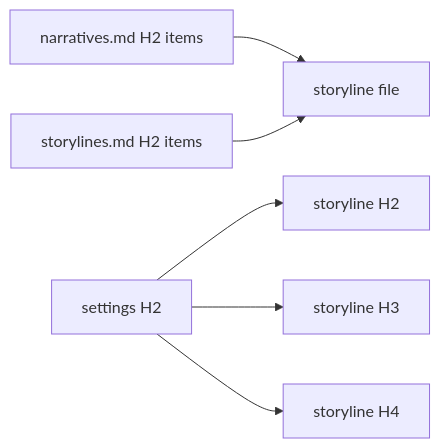
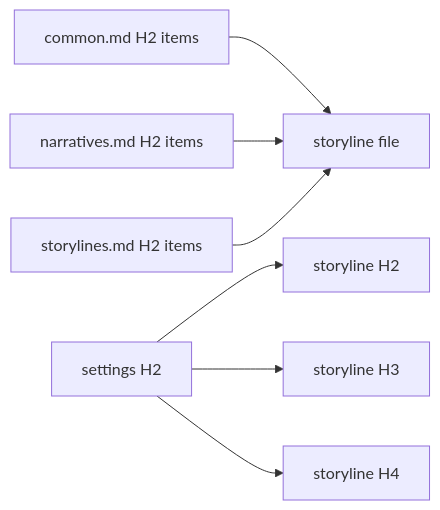
The diagram in .agents/skills/novel/storylines.md (samchon/novels), drawn with Mermaid before and after one commit. The commit also changed other lines of this file and 14 other files, not shown here.

````diff
--- a/.agents/skills/novel/storylines.md
+++ b/.agents/skills/novel/storylines.md
@@ -21,8 +21,9 @@
 ```mermaid
 flowchart LR
-  PC["narratives.md H2 items"] --> SF["storyline file"]
+  CM["common.md H2 items"] --> SF["storyline file"]
+  PC["narratives.md H2 items"] --> SF
   PL["storylines.md H2 items"] --> SF
   F["settings H2"] --> S2["storyline H2"]
   F --> S3["storyline H3"]
   F --> S4["storyline H4"]
 ```
````
